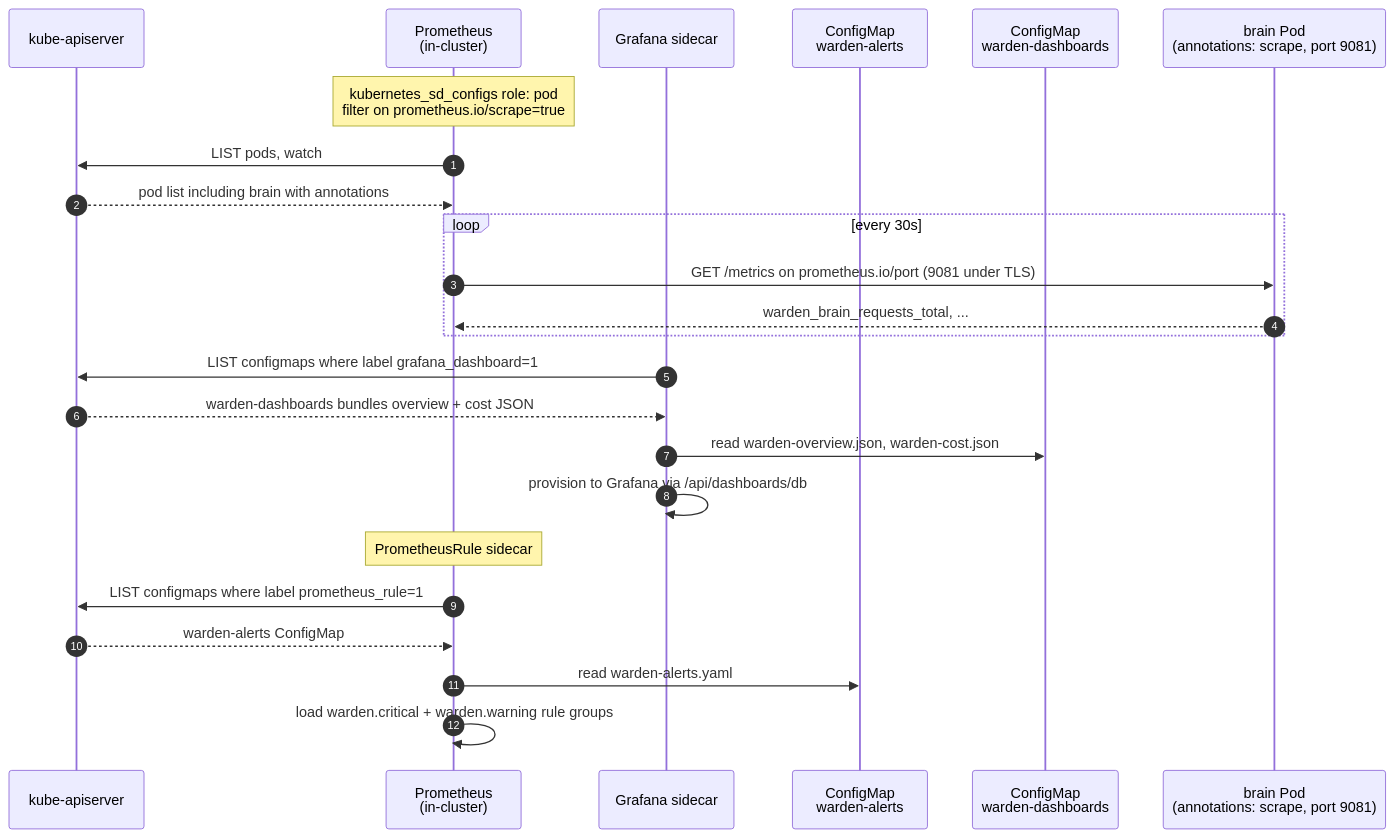
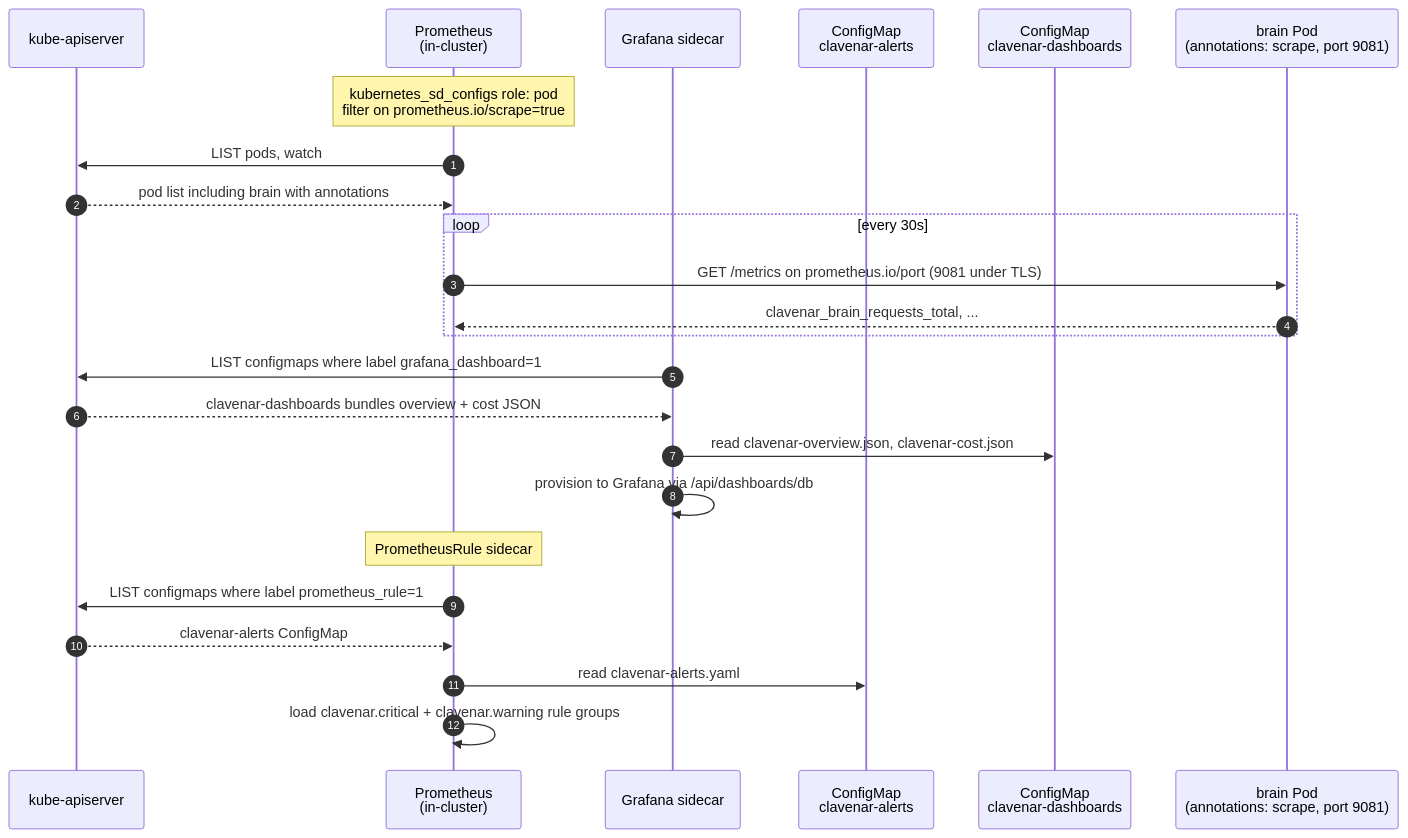
The fourth of 7 diagrams in docs/SEQUENCES.md (clavenar/clavenar-charts), drawn with Mermaid before and after one commit. The commit also changed other lines of this file and 40 other files, not shown here.

First line of the commit message:
rename product Agent Warden → Clavenar

````diff
--- a/docs/SEQUENCES.md
+++ b/docs/SEQUENCES.md
@@ -131,29 +131,29 @@
 ```mermaid
 sequenceDiagram
     autonumber
     participant API as kube-apiserver
     participant Prom as Prometheus<br/>(in-cluster)
     participant Sidecar as Grafana sidecar
-    participant CM1 as ConfigMap<br/>warden-alerts
-    participant CM2 as ConfigMap<br/>warden-dashboards
+    participant CM1 as ConfigMap<br/>clavenar-alerts
+    participant CM2 as ConfigMap<br/>clavenar-dashboards
     participant Pod as brain Pod<br/>(annotations: scrape, port 9081)
 
     Note over Prom: kubernetes_sd_configs role: pod<br/>filter on prometheus.io/scrape=true
     Prom->>API: LIST pods, watch
     API-->>Prom: pod list including brain with annotations
     loop every 30s
         Prom->>Pod: GET /metrics on prometheus.io/port (9081 under TLS)
-        Pod-->>Prom: warden_brain_requests_total, ...
+        Pod-->>Prom: clavenar_brain_requests_total, ...
     end
 
     Sidecar->>API: LIST configmaps where label grafana_dashboard=1
-    API-->>Sidecar: warden-dashboards bundles overview + cost JSON
-    Sidecar->>CM2: read warden-overview.json, warden-cost.json
+    API-->>Sidecar: clavenar-dashboards bundles overview + cost JSON
+    Sidecar->>CM2: read clavenar-overview.json, clavenar-cost.json
     Sidecar->>Sidecar: provision to Grafana via /api/dashboards/db
 
     Note over Prom: PrometheusRule sidecar
     Prom->>API: LIST configmaps where label prometheus_rule=1
-    API-->>Prom: warden-alerts ConfigMap
-    Prom->>CM1: read warden-alerts.yaml
-    Prom->>Prom: load warden.critical + warden.warning rule groups
+    API-->>Prom: clavenar-alerts ConfigMap
+    Prom->>CM1: read clavenar-alerts.yaml
+    Prom->>Prom: load clavenar.critical + clavenar.warning rule groups
 ```
````
